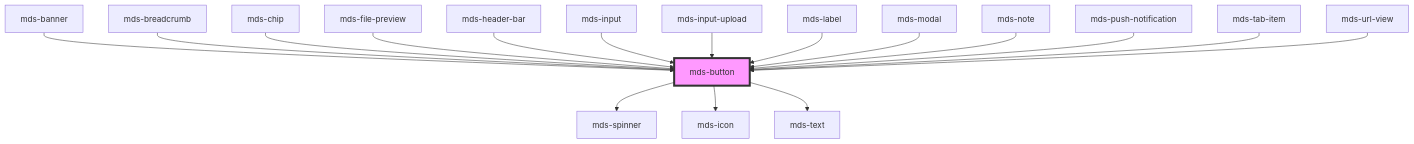
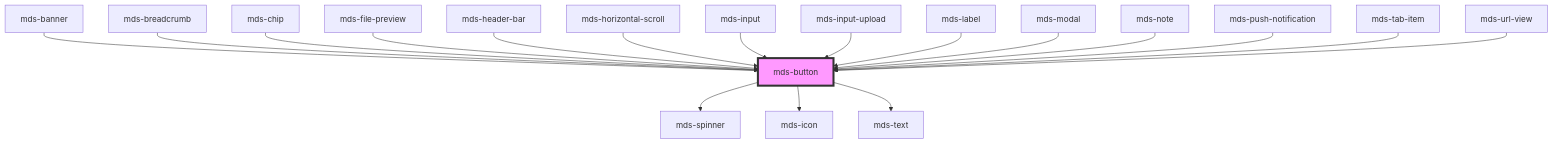
One commit to magma-design-system/magma changed the diagram in projects/stencil/src/components/mds-button/readme.md. Above: the diagram before and after it, drawn with Mermaid. The commit also changed other lines of this file and 2 other files, not shown here.

Commit message:
style(mds-button): force min with button same as height

````diff
--- a/projects/stencil/src/components/mds-button/readme.md
+++ b/projects/stencil/src/components/mds-button/readme.md
@@ -82,20 +83,21 @@
 ```mermaid
 graph TD;
   mds-button --> mds-spinner
   mds-button --> mds-icon
   mds-button --> mds-text
   mds-banner --> mds-button
   mds-breadcrumb --> mds-button
   mds-chip --> mds-button
   mds-file-preview --> mds-button
   mds-header-bar --> mds-button
+  mds-horizontal-scroll --> mds-button
   mds-input --> mds-button
   mds-input-upload --> mds-button
   mds-label --> mds-button
   mds-modal --> mds-button
   mds-note --> mds-button
   mds-push-notification --> mds-button
   mds-tab-item --> mds-button
   mds-url-view --> mds-button
   style mds-button fill:#f9f,stroke:#333,stroke-width:4px
 ```
````
